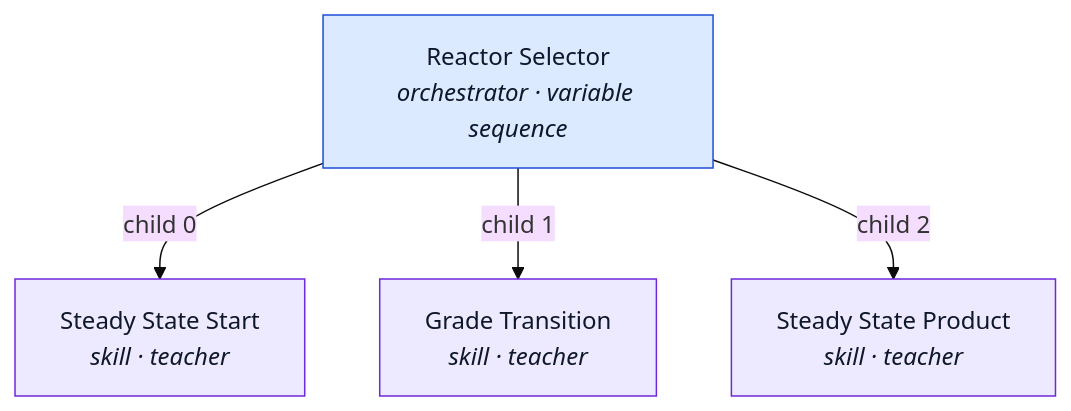
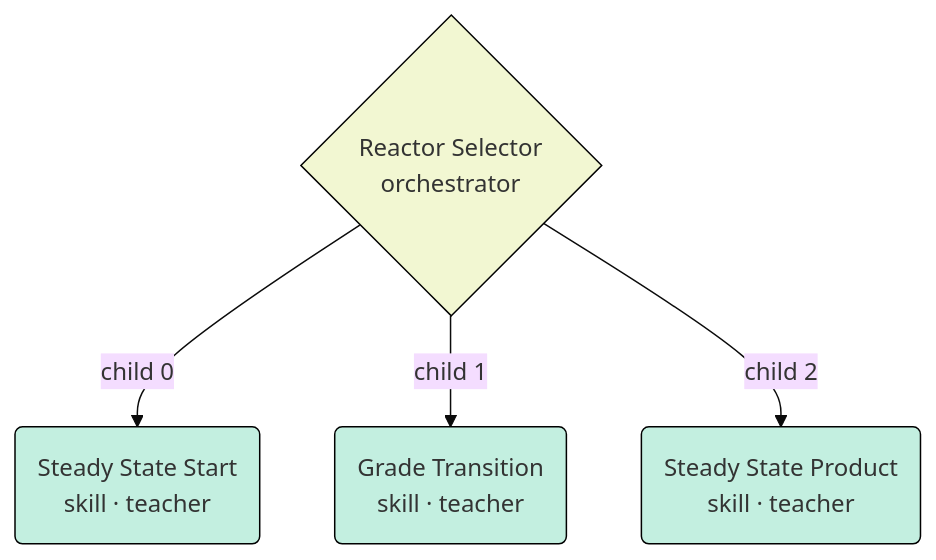
The second of 3 diagrams in README.md (Composabl/amesa-agents), drawn with Mermaid (base theme) before and after one commit. The commit also changed other lines of this file, not shown here.

First line of the commit message:
Restyle README diagrams to match the simulation-score-loop styling

````diff
--- a/README.md
+++ b/README.md
@@ -269,14 +273,16 @@
 ```mermaid
-flowchart TD
-  R["Reactor Selector<br/><i>orchestrator · variable sequence</i>"]:::orch
-  A["Steady State Start<br/><i>skill · teacher</i>"]:::skill
-  B["Grade Transition<br/><i>skill · teacher</i>"]:::skill
-  C["Steady State Product<br/><i>skill · teacher</i>"]:::skill
+flowchart TB
+		R{"Reactor Selector<br/>orchestrator"}
+		A("Steady State Start<br/>skill · teacher")
+		B("Grade Transition<br/>skill · teacher")
+		C("Steady State Product<br/>skill · teacher")
 
-  R -->|child 0| A
-  R -->|child 1| B
-  R -->|child 2| C
+		R -- "child 0" --> A
+		R -- "child 1" --> B
+		R -- "child 2" --> C
 
-  classDef orch fill:#dbeafe,stroke:#1d4ed8,color:#0f172a
-  classDef skill fill:#ede9fe,stroke:#6d28d9,color:#0f172a
+		style R stroke:#000000,fill:#F2F7D2
+		style A stroke:#000000,fill:#C3EFE0
+		style B stroke:#000000,fill:#C3EFE0
+		style C stroke:#000000,fill:#C3EFE0
 ```
````
